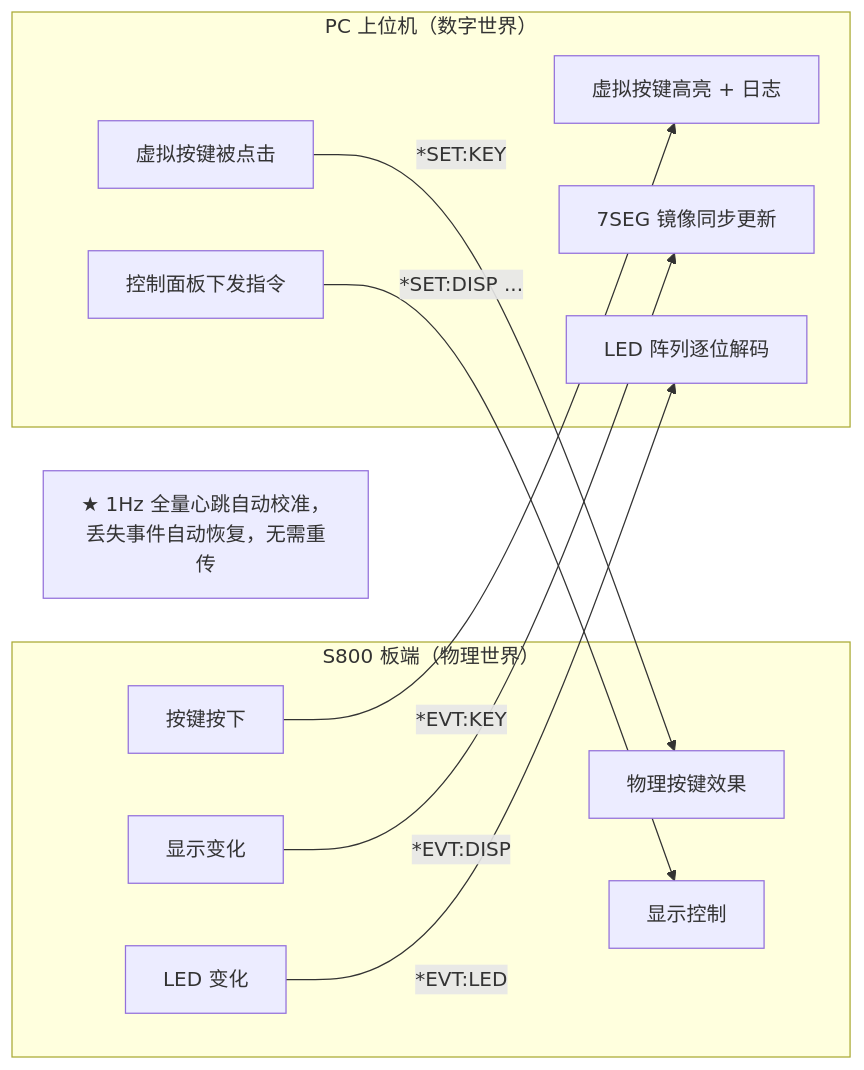
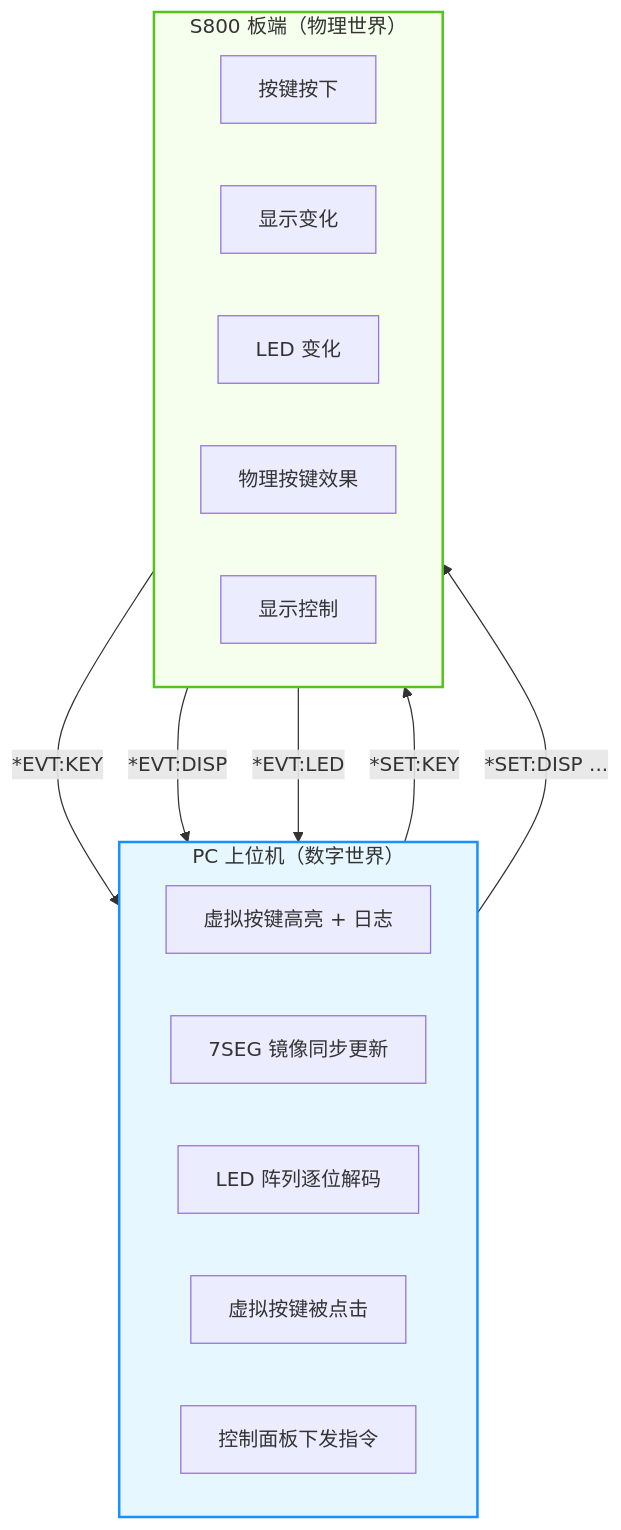
Before and after one commit to Jyzan/EST2506: the first of 2 diagrams in README.md, drawn with Mermaid. The commit also changed other lines of this file and 1 other file, not shown here.

````diff
--- a/README.md
+++ b/README.md
@@ -39,23 +39,33 @@
 ```mermaid
-flowchart LR
+flowchart TB
+    %% 上层：PC 上位机
+    subgraph HOST["PC 上位机（数字世界）"]
+        direction LR
+        VK1["虚拟按键高亮 + 日志"]
+        VD1["7SEG 镜像同步更新"]
+        VL1["LED 阵列逐位解码"]
+        VK2["虚拟按键被点击"]
+        VC2["控制面板下发指令"]
+    end
+
+    %% 下层：S800 板端
     subgraph BOARD["S800 板端（物理世界）"]
+        direction LR
         PK1["按键按下"]
         PD1["显示变化"]
         PL1["LED 变化"]
         PK2["物理按键效果"]
         PD2["显示控制"]
     end
-    subgraph HOST["PC 上位机（数字世界）"]
-        VK1["虚拟按键高亮 + 日志"]
-        VD1["7SEG 镜像同步更新"]
-        VL1["LED 阵列逐位解码"]
-        VK2["虚拟按键被点击"]
-        VC2["控制面板下发指令"]
-    end
-    PK1 -- "*EVT:KEY" --> VK1
-    PD1 -- "*EVT:DISP" --> VD1
-    PL1 -- "*EVT:LED" --> VL1
-    VK2 -- "*SET:KEY" --> PK2
-    VC2 -- "*SET:DISP ..." --> PD2
-    NOTE["★ 1Hz 全量心跳自动校准，丢失事件自动恢复，无需重传"]
+
+    %% 垂直连线：左边上报，右边控制
+    PK1 -- "*EVT:KEY" ---> VK1
+    PD1 -- "*EVT:DISP" ---> VD1
+    PL1 -- "*EVT:LED" ---> VL1
+    VK2 -- "*SET:KEY" ---> PK2
+    VC2 -- "*SET:DISP ..." ---> PD2
+
+    %% 样式美化
+    style HOST fill:#e6f7ff,stroke:#1890ff,stroke-width:2px
+    style BOARD fill:#f6ffed,stroke:#52c41a,stroke-width:2px
 ```
````
